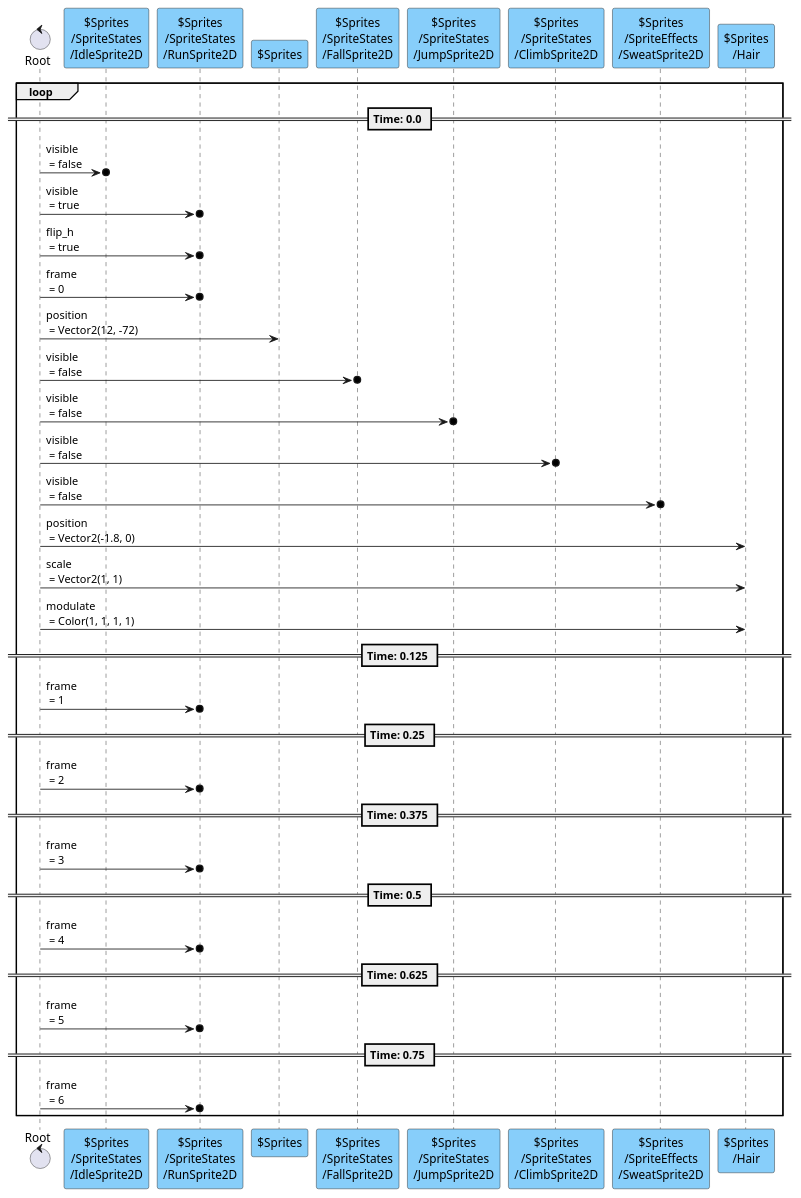
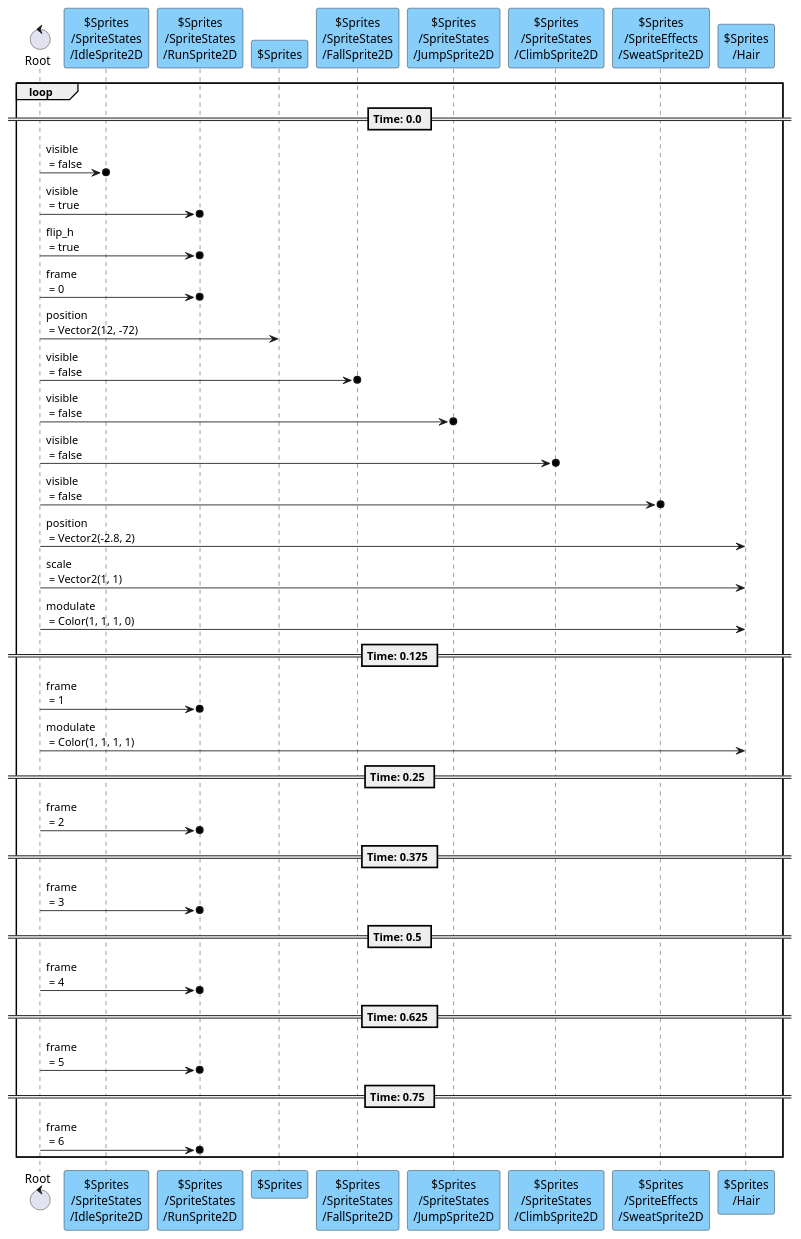
Before and after one commit to tkmfujise/Platformer-Game-Learning: diagram 13 of 13 in content/scenes/src/player/player.tscn.adoc, drawn with PlantUML. The commit also changed other lines of this file and 7 other files, not shown here.

```diff
--- a/content/scenes/src/player/player.tscn.adoc
+++ b/content/scenes/src/player/player.tscn.adoc
@@ -1161,42 +1164,43 @@
 [plantuml]
 ....
 control "Root" as R
 participant "$Sprites\n/SpriteStates\n/IdleSprite2D" as T0 #87CEFA
 participant "$Sprites\n/SpriteStates\n/RunSprite2D" as T1 #87CEFA
 participant "$Sprites" as T4 #87CEFA
 participant "$Sprites\n/SpriteStates\n/FallSprite2D" as T5 #87CEFA
 participant "$Sprites\n/SpriteStates\n/JumpSprite2D" as T6 #87CEFA
 participant "$Sprites\n/SpriteStates\n/ClimbSprite2D" as T7 #87CEFA
 participant "$Sprites\n/SpriteEffects\n/SweatSprite2D" as T8 #87CEFA
 participant "$Sprites\n/Hair" as T9 #87CEFA
 
 
 loop
 == Time: 0.0 ==
 R  ->o  T0 : visible\n = false
 R  ->o  T1 : visible\n = true
 R  ->o  T1 : flip_h\n = true
 R  ->o  T1 : frame\n = 0
 R  ->  T4 : position\n = Vector2(12, -72)
 R  ->o  T5 : visible\n = false
 R  ->o  T6 : visible\n = false
 R  ->o  T7 : visible\n = false
 R  ->o  T8 : visible\n = false
-R  ->  T9 : position\n = Vector2(-1.8, 0)
+R  ->  T9 : position\n = Vector2(-2.8, 2)
 R  ->  T9 : scale\n = Vector2(1, 1)
-R  ->  T9 : modulate\n = Color(1, 1, 1, 1)
+R  ->  T9 : modulate\n = Color(1, 1, 1, 0)
 == Time: 0.125 ==
 R  ->o  T1 : frame\n = 1
+R  ->  T9 : modulate\n = Color(1, 1, 1, 1)
 == Time: 0.25 ==
 R  ->o  T1 : frame\n = 2
 == Time: 0.375 ==
 R  ->o  T1 : frame\n = 3
 == Time: 0.5 ==
 R  ->o  T1 : frame\n = 4
 == Time: 0.625 ==
 R  ->o  T1 : frame\n = 5
 == Time: 0.75 ==
 R  ->o  T1 : frame\n = 6
 
 end
 ....
```
